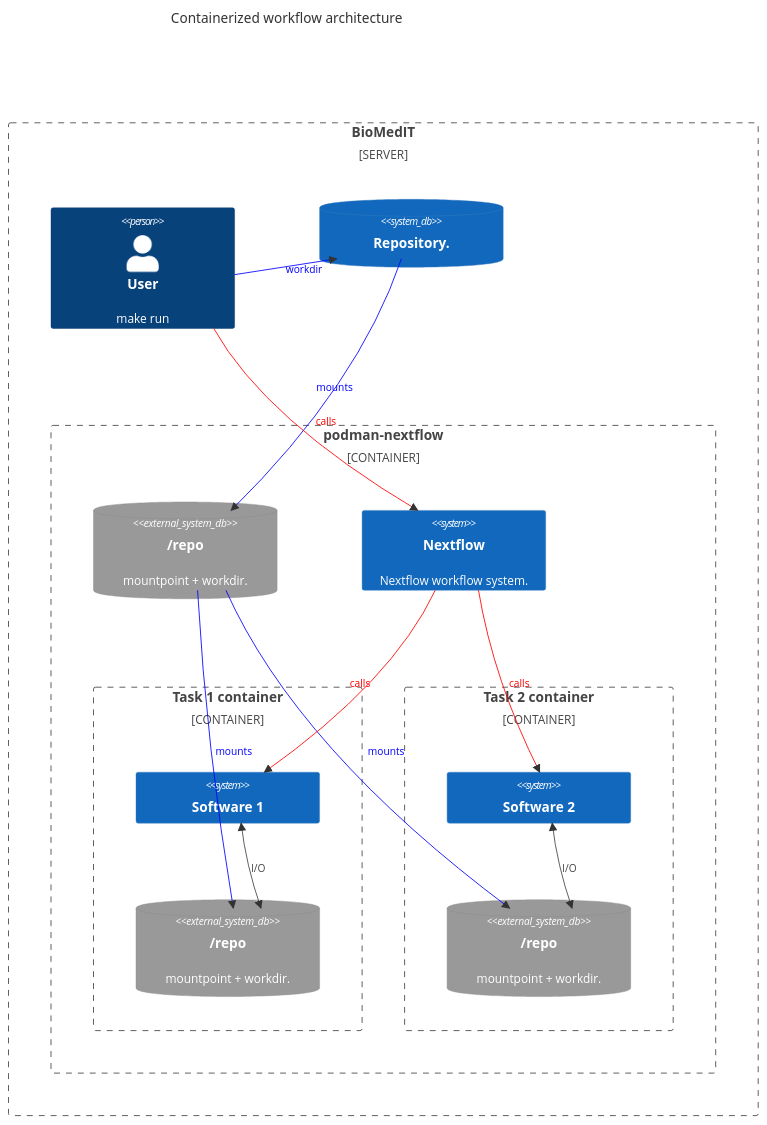
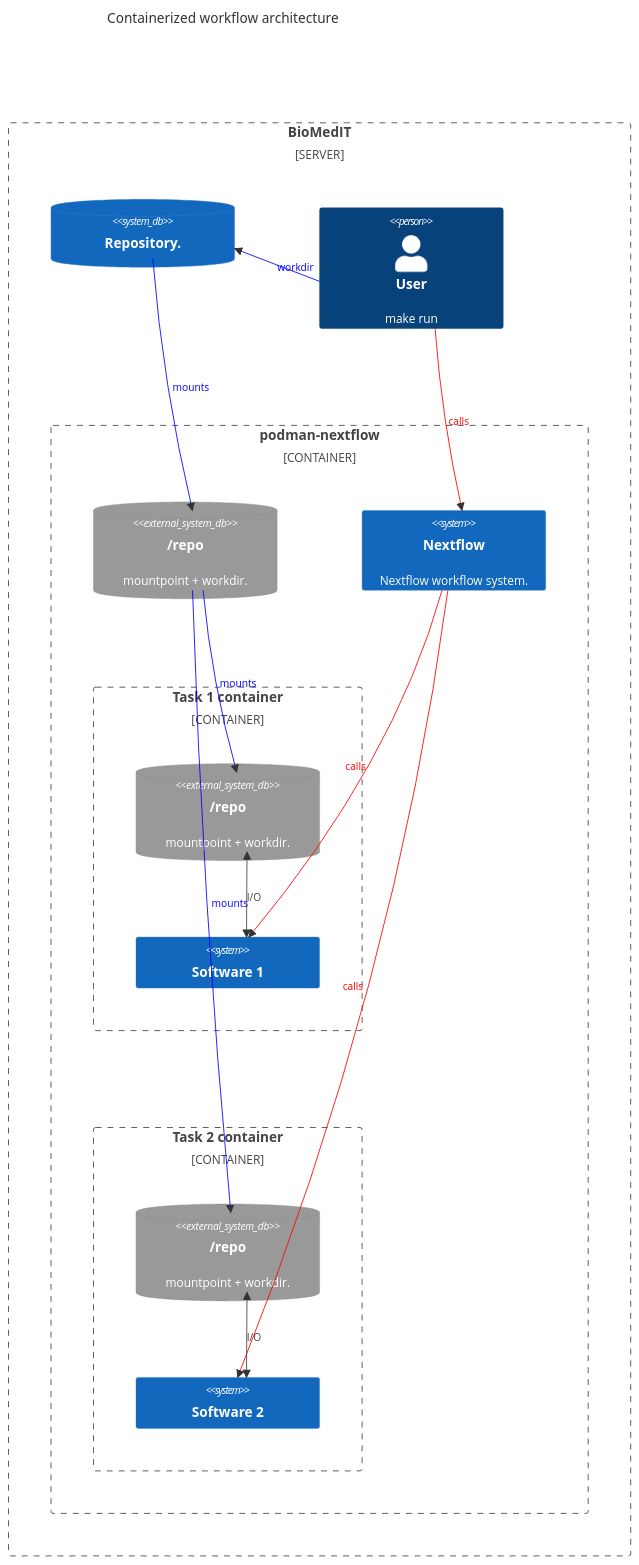
The first of 2 diagrams in README.md (sdsc-ordes/demo-biomedit-workflow), drawn with Mermaid before and after one commit.

Commit message:
docs: minimize edge crossings in mermaid graph

````diff
--- a/README.md
+++ b/README.md
@@ -21,54 +21,54 @@
 ```mermaid
     C4Context
       title Containerized workflow architecture
       Boundary(b0, "BioMedIT", "SERVER") {
+        SystemDb(Repo, "Repository.")
         Person(User, "User", "make run")
-        SystemDb(Repo, "Repository.")
 
         Boundary(b1, "podman-nextflow", "CONTAINER") {
 
           SystemDb_Ext(RepoMount1, "/repo", "mountpoint + workdir.")
           System(Nextflow, "Nextflow", "Nextflow workflow system.")
 
           Boundary(t1, "Task 1 container", "CONTAINER") {
+            SystemDb_Ext(RepoMount21, "/repo", "mountpoint + workdir.")
             System(Software1, "Software 1")
-            SystemDb_Ext(RepoMount21, "/repo", "mountpoint + workdir.")
           }
 
           Boundary(t2, "Task 2 container", "CONTAINER") {
+            SystemDb_Ext(RepoMount22, "/repo", "mountpoint + workdir.")
             System(Software2, "Software 2")
-            SystemDb_Ext(RepoMount22, "/repo", "mountpoint + workdir.")
           }
 
         }
 
       }
 
       Rel(User, Repo, "workdir")
 
       Rel(Repo, RepoMount1, "mounts")
       Rel(RepoMount1, RepoMount21, "mounts")
       Rel(RepoMount1, RepoMount22, "mounts")
 
       Rel(User, Nextflow, "calls")
       Rel(Nextflow, Software1, "calls")
       Rel(Nextflow, Software2, "calls")
 
       BiRel(Software2, RepoMount22, "I/O")
       BiRel(Software1, RepoMount21, "I/O")
 
       UpdateRelStyle(User, Repo, $textColor="blue", $lineColor="blue")
       UpdateRelStyle(Repo, RepoMount1, $textColor="blue", $lineColor="blue")
       UpdateRelStyle(RepoMount1, RepoMount21, $textColor="blue", $lineColor="blue")
       UpdateRelStyle(RepoMount1, RepoMount22, $textColor="blue", $lineColor="blue")
 
       UpdateRelStyle(User, Nextflow, $textColor="red", $lineColor="red")
       UpdateRelStyle(Nextflow, Software1, $textColor="red", $lineColor="red")
       UpdateRelStyle(Nextflow, Software2, $textColor="red", $lineColor="red")
 
 
       UpdateRelStyle(Nextflow, User, $textColor="red", $lineColor="red")
 
-      UpdateLayoutConfig($c4ShapeInRow="2", $c4BoundaryInRow="2")
+      UpdateLayoutConfig($c4ShapeInRow="2", $c4BoundaryInRow="1")
 
 ```
````
